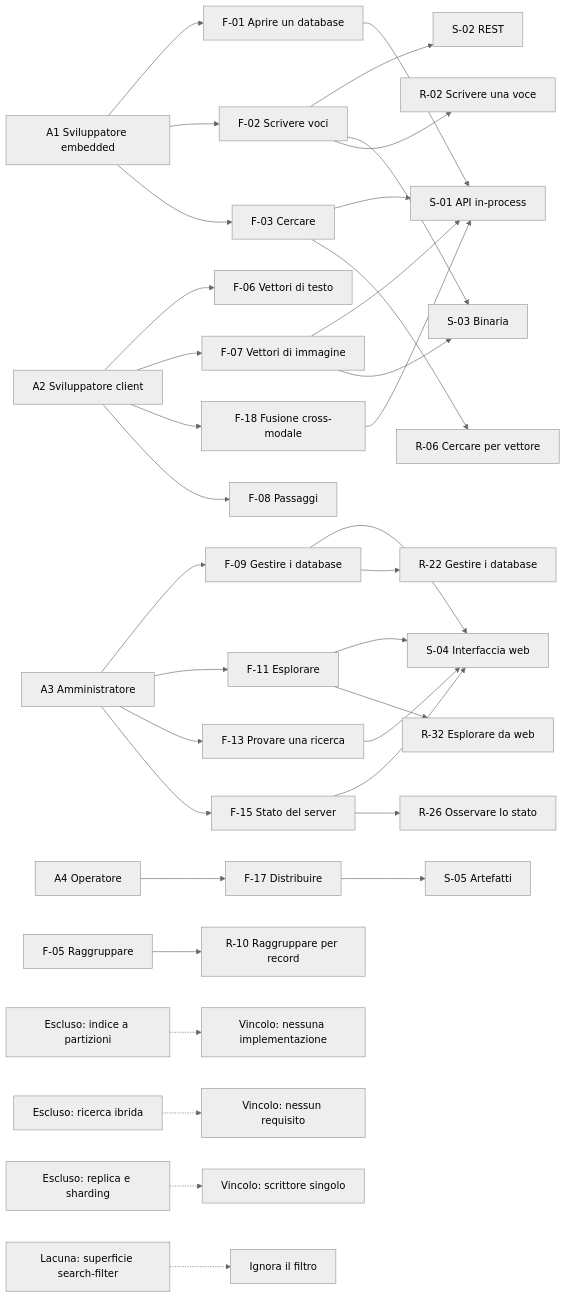
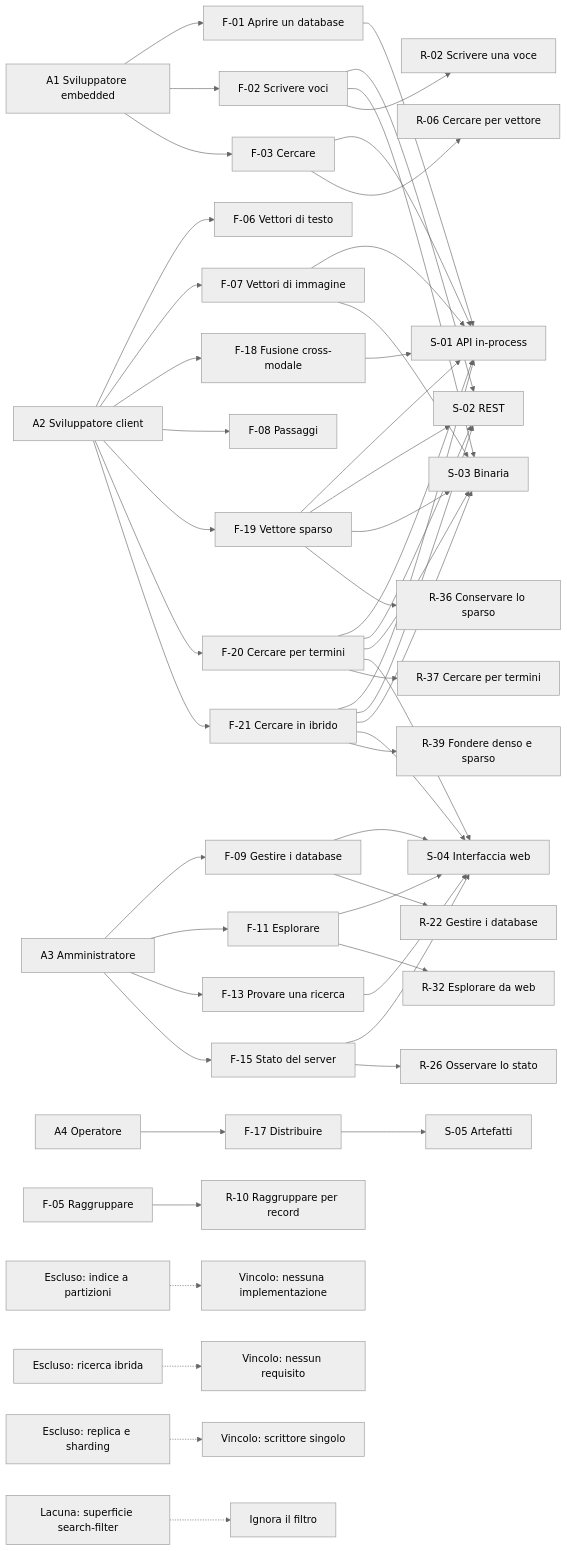
The third of 54 diagrams in analisys/docs/analysis/diagrams.md (ppossanzini/Jigen), drawn with Mermaid (neutral theme) before and after one commit. The commit also changed other lines of this file and 73 other files, not shown here.

````diff
--- a/analisys/docs/analysis/diagrams.md
+++ b/analisys/docs/analysis/diagrams.md
@@ -60,37 +60,54 @@
 ```mermaid
 flowchart LR
   A1["A1 Sviluppatore embedded"] --> F01["F-01 Aprire un database"]
   A1 --> F02["F-02 Scrivere voci"]
   A1 --> F03["F-03 Cercare"]
   A2["A2 Sviluppatore client"] --> F06["F-06 Vettori di testo"]
   A2 --> F07["F-07 Vettori di immagine"]
   A2 --> F18["F-18 Fusione cross-modale"]
   A2 --> F08["F-08 Passaggi"]
+  A2 --> F19["F-19 Vettore sparso"]
+  A2 --> F20["F-20 Cercare per termini"]
+  A2 --> F21["F-21 Cercare in ibrido"]
   A3["A3 Amministratore"] --> F09["F-09 Gestire i database"]
   A3 --> F11["F-11 Esplorare"]
   A3 --> F13["F-13 Provare una ricerca"]
   A3 --> F15["F-15 Stato del server"]
   A4["A4 Operatore"] --> F17["F-17 Distribuire"]
   F01 --> S01["S-01 API in-process"]
   F02 --> S02["S-02 REST"]
   F02 --> S03["S-03 Binaria"]
   F03 --> S01
+  F19 --> S01
+  F19 --> S02
+  F19 --> S03
+  F20 --> S01
+  F20 --> S02
+  F20 --> S03
+  F21 --> S01
+  F21 --> S02
+  F21 --> S03
+  F20 --> S04
+  F21 --> S04
+  F19 --> R36["R-36 Conservare lo sparso"]
+  F20 --> R37["R-37 Cercare per termini"]
+  F21 --> R39["R-39 Fondere denso e sparso"]
   F07 --> S01
   F07 --> S03
   F18 --> S01
   F09 --> S04["S-04 Interfaccia web"]
   F11 --> S04
   F13 --> S04
   F15 --> S04
   F17 --> S05["S-05 Artefatti"]
   F02 --> R02["R-02 Scrivere una voce"]
   F03 --> R06["R-06 Cercare per vettore"]
   F05["F-05 Raggruppare"] --> R10["R-10 Raggruppare per record"]
   F09 --> R22["R-22 Gestire i database"]
   F11 --> R32["R-32 Esplorare da web"]
   F15 --> R26["R-26 Osservare lo stato"]
   X1["Escluso: indice a partizioni"] -.-> XC1["Vincolo: nessuna implementazione"]
   X2["Escluso: ricerca ibrida"] -.-> XC2["Vincolo: nessun requisito"]
   X3["Escluso: replica e sharding"] -.-> XC3["Vincolo: scrittore singolo"]
   G1["Lacuna: superficie search-filter"] -.-> G1C["Ignora il filtro"]
 ```
````
